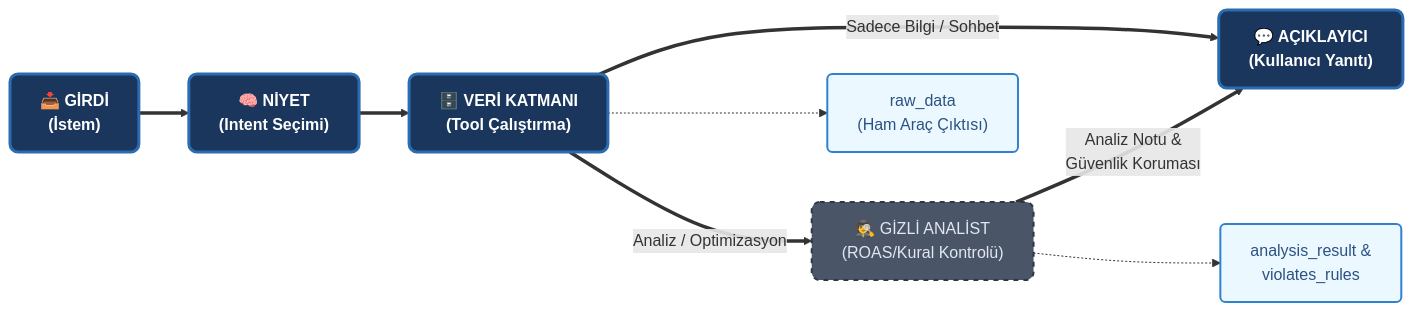
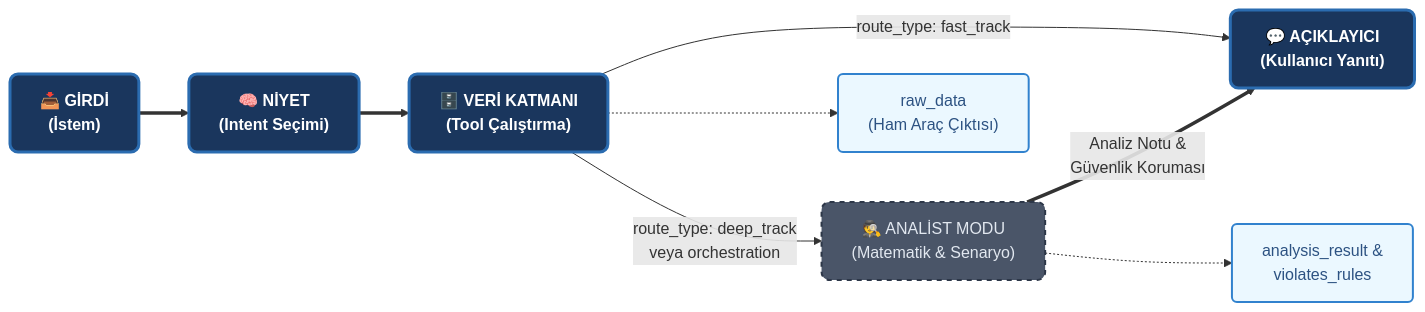
Before and after one commit to onuralpArsln/mcpTutorial: the second of 2 diagrams in ReadMe.md, drawn with Mermaid. The commit also changed other lines of this file and 9 other files, not shown here.

````diff
--- a/ReadMe.md
+++ b/ReadMe.md
@@ -152,28 +157,28 @@
 ```mermaid
 flowchart LR
     %% --- Stil ve Tema Tanımlamaları ---
     classDef mainStep fill:#1A365D,stroke:#2B6CB0,stroke-width:3px,color:#FFFFFF,rx:8px,ry:8px,font-weight:bold;
     classDef subCategory fill:#EBF8FF,stroke:#3182CE,stroke-width:2px,color:#2C5282,rx:5px,ry:5px;
     classDef secretStep fill:#4A5568,stroke:#2D3748,stroke-width:2px,color:#E2E8F0,rx:8px,ry:8px,stroke-dasharray: 5 5;
 
     %% --- KATMANLAR ---
     A["📥 GİRDİ<br>(İstem)"]:::mainStep
     B["🧠 NİYET<br>(Intent Seçimi)"]:::mainStep
     C["🗄️ VERİ KATMANI<br>(Tool Çalıştırma)"]:::mainStep
     
     %% Dual Track
-    D["🕵️ GİZLİ ANALİST<br>(ROAS/Kural Kontrolü)"]:::secretStep
+    D["🕵️ ANALİST MODU<br>(Matematik & Senaryo)"]:::secretStep
     E["💬 AÇIKLAYICI<br>(Kullanıcı Yanıtı)"]:::mainStep
 
     %% --- BAĞLANTILAR (AKIŞ) ---
     A ==> B ==> C
     
-    C ==>|Analiz / Optimizasyon| D
-    C ==>|Sadece Bilgi / Sohbet| E
+    C -- "route_type: deep_track\nveya orchestration" --> D
+    C -- "route_type: fast_track" --> E
     
     D ==>|Analiz Notu &\nGüvenlik Koruması| E
 
     %% --- DETAYLAR ---
     C -.-> C1["raw_data\n(Ham Araç Çıktısı)"]:::subCategory
     D -.-> D1["analysis_result &\nviolates_rules"]:::subCategory
 ```
````
